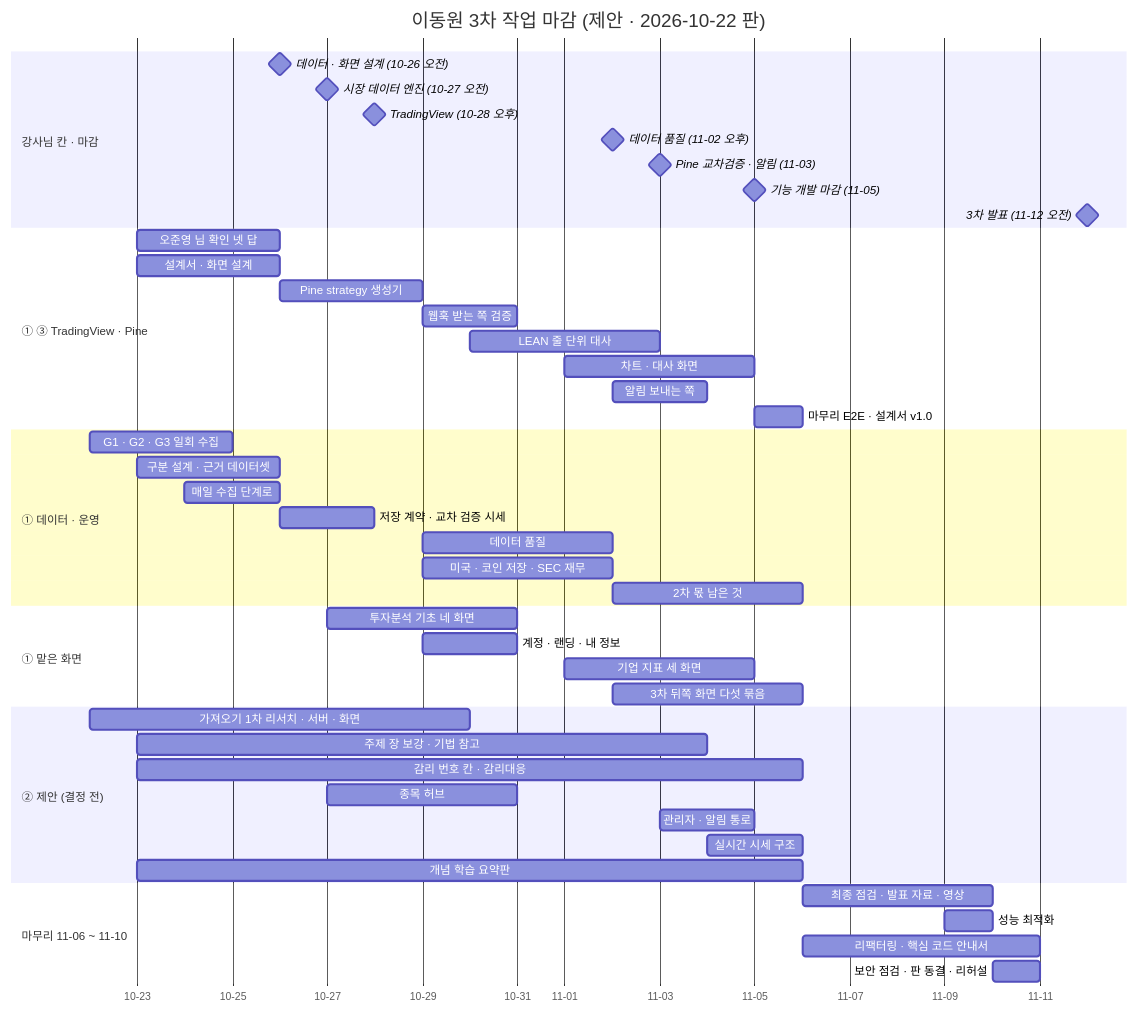
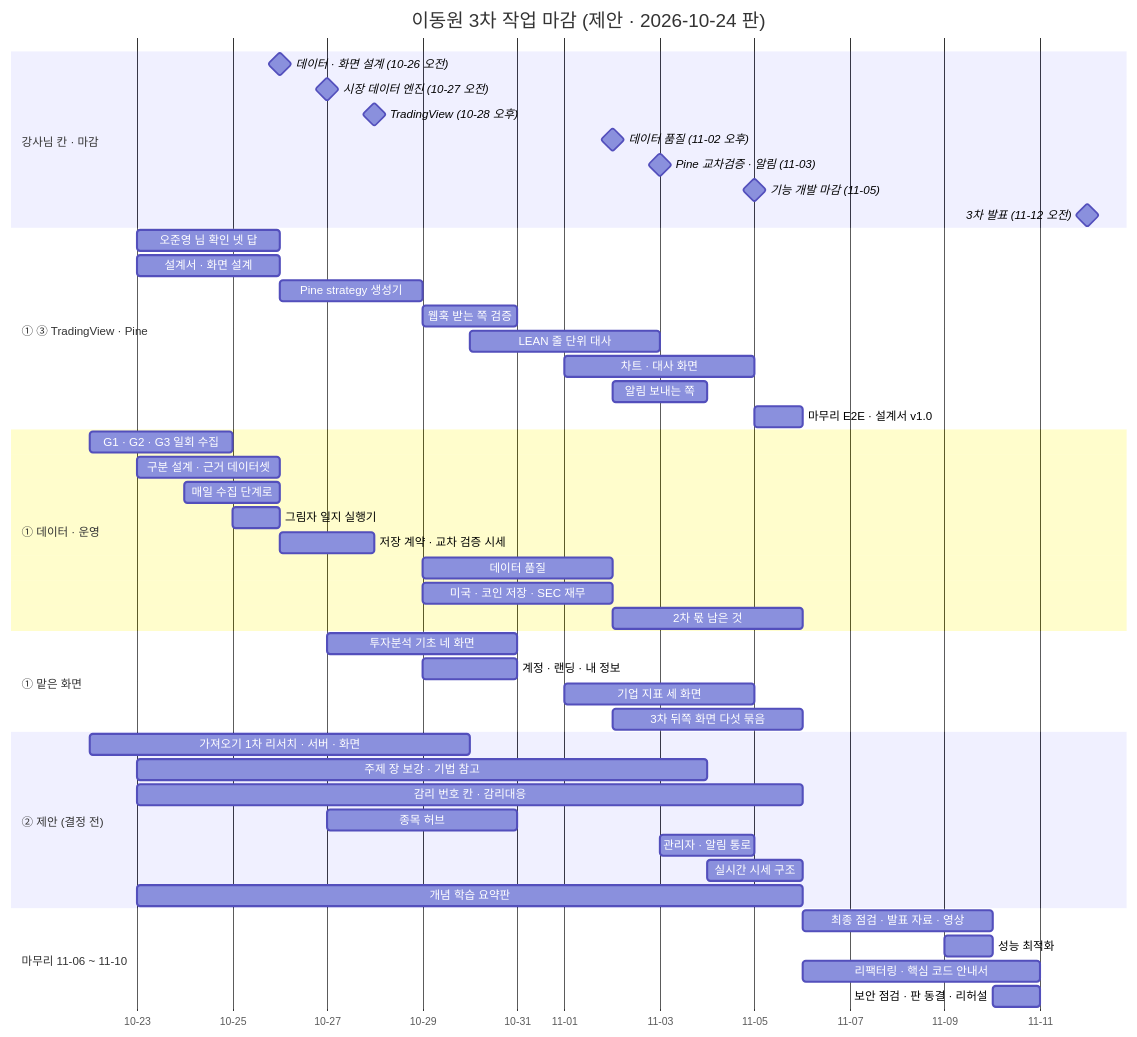
Before and after one commit to EST-team-project/Qurious: the first of 2 diagrams in docs/phase-3/00-management/plans/이동원파트-할일.md, drawn with Mermaid. The commit also changed other lines of this file and 30 other files, not shown here.

````diff
--- a/docs/phase-3/00-management/plans/이동원파트-할일.md
+++ b/docs/phase-3/00-management/plans/이동원파트-할일.md
@@ -161,49 +163,50 @@
 ```mermaid
 gantt
-    title 이동원 3차 작업 마감 (제안 · 2026-10-22 판)
+    title 이동원 3차 작업 마감 (제안 · 2026-10-24 판)
     dateFormat YYYY-MM-DD
     axisFormat %m-%d
     section 강사님 칸 · 마감
     데이터 · 화면 설계 (10-26 오전)   :milestone, 2026-10-26, 0d
     시장 데이터 엔진 (10-27 오전)     :milestone, 2026-10-27, 0d
     TradingView (10-28 오후)          :milestone, 2026-10-28, 0d
     데이터 품질 (11-02 오후)          :milestone, 2026-11-02, 0d
     Pine 교차검증 · 알림 (11-03)      :milestone, 2026-11-03, 0d
     기능 개발 마감 (11-05)            :milestone, 2026-11-05, 0d
     3차 발표 (11-12 오전)             :milestone, 2026-11-12, 0d
     section ① ③ TradingView · Pine
     오준영 님 확인 넷 답              :2026-10-23, 3d
     설계서 · 화면 설계                :2026-10-23, 3d
     Pine strategy 생성기              :2026-10-26, 3d
     웹훅 받는 쪽 검증                 :2026-10-29, 2d
     LEAN 줄 단위 대사                 :2026-10-30, 4d
     차트 · 대사 화면                  :2026-11-01, 4d
     알림 보내는 쪽                    :2026-11-02, 2d
     마무리 E2E · 설계서 v1.0          :2026-11-05, 1d
     section ① 데이터 · 운영
     G1 · G2 · G3 일회 수집            :2026-10-22, 3d
     구분 설계 · 근거 데이터셋         :2026-10-23, 3d
     매일 수집 단계로                  :2026-10-24, 2d
+    그림자 일지 실행기                :2026-10-25, 1d
     저장 계약 · 교차 검증 시세        :2026-10-26, 2d
     데이터 품질                       :2026-10-29, 4d
     미국 · 코인 저장 · SEC 재무       :2026-10-29, 4d
     2차 몫 남은 것                    :2026-11-02, 4d
     section ① 맡은 화면
     투자분석 기초 네 화면             :2026-10-27, 4d
     계정 · 랜딩 · 내 정보             :2026-10-29, 2d
     기업 지표 세 화면                 :2026-11-01, 4d
     3차 뒤쪽 화면 다섯 묶음           :2026-11-02, 4d
     section ② 제안 (결정 전)
     가져오기 1차 리서치 · 서버 · 화면 :2026-10-22, 8d
     주제 장 보강 · 기법 참고           :2026-10-23, 12d
     감리 번호 칸 · 감리대응           :2026-10-23, 14d
     종목 허브                         :2026-10-27, 4d
     관리자 · 알림 통로                :2026-11-03, 2d
     실시간 시세 구조                  :2026-11-04, 2d
     개념 학습 요약판                  :2026-10-23, 14d
     section 마무리 11-06 ~ 11-10
     최종 점검 · 발표 자료 · 영상      :2026-11-06, 4d
     성능 최적화                       :2026-11-09, 1d
     리팩터링 · 핵심 코드 안내서       :2026-11-06, 5d
     보안 점검 · 판 동결 · 리허설      :2026-11-10, 1d
 ```
````
